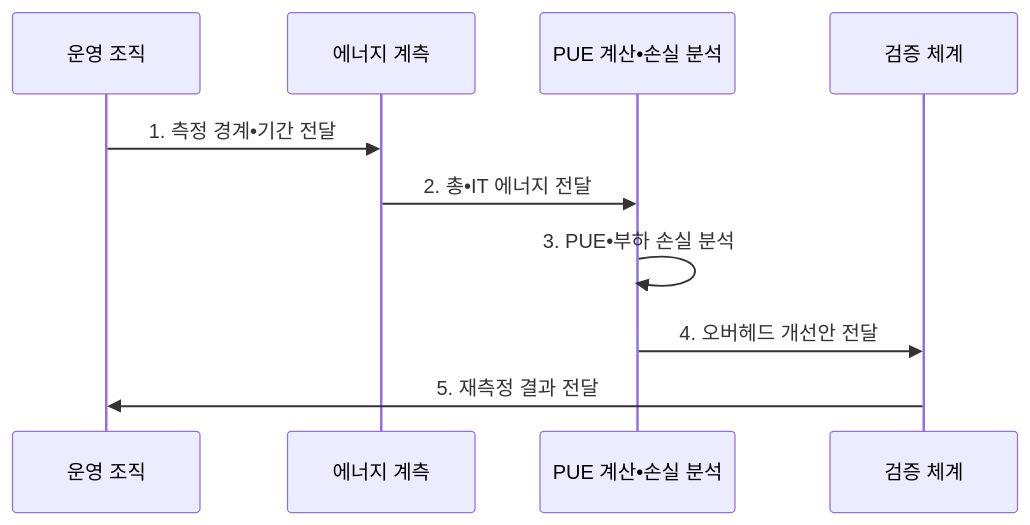
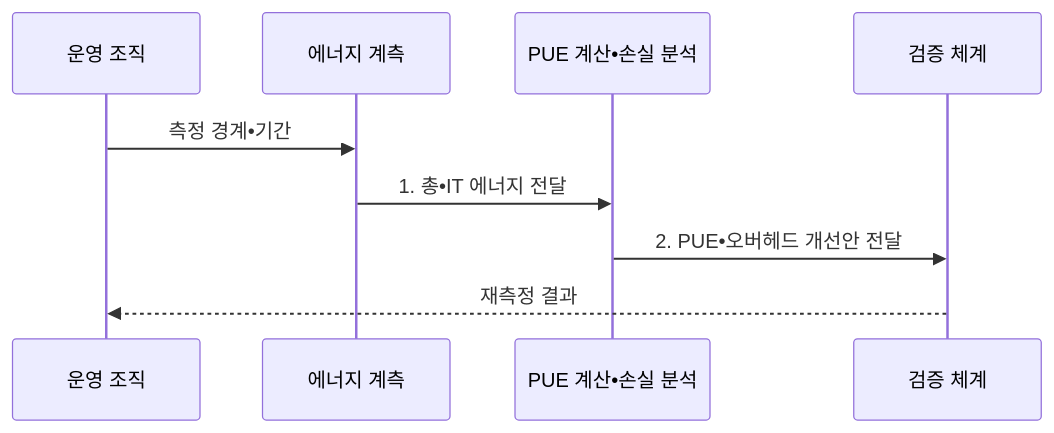
The second of 2 diagrams in src/content/docs/notes/08-latest-tech/198_power_usage_effectiveness.md (agnusdei1207/knowledge-base), drawn with Mermaid before and after one commit. The commit also changed other lines of this file and 20 other files, not shown here.

````diff
--- a/src/content/docs/notes/08-latest-tech/198_power_usage_effectiveness.md
+++ b/src/content/docs/notes/08-latest-tech/198_power_usage_effectiveness.md
@@ -103,12 +107,11 @@
 ```mermaid
 sequenceDiagram
   participant O as 운영 조직
   participant M as 에너지 계측
     participant C as PUE 계산•손실 분석
   participant V as 검증 체계
-  O->>M: 1. 측정 경계•기간 전달
-  M->>C: 2. 총•IT 에너지 전달
-    C->>C: 3. PUE•부하 손실 분석
-    C->>V: 4. 오버헤드 개선안 전달
-  V->>O: 5. 재측정 결과 전달
+  O->>M: 측정 경계•기간
+  M->>C: 1. 총•IT 에너지 전달
+  C->>V: 2. PUE•오버헤드 개선안 전달
+  V-->>O: 재측정 결과
 ```
````
